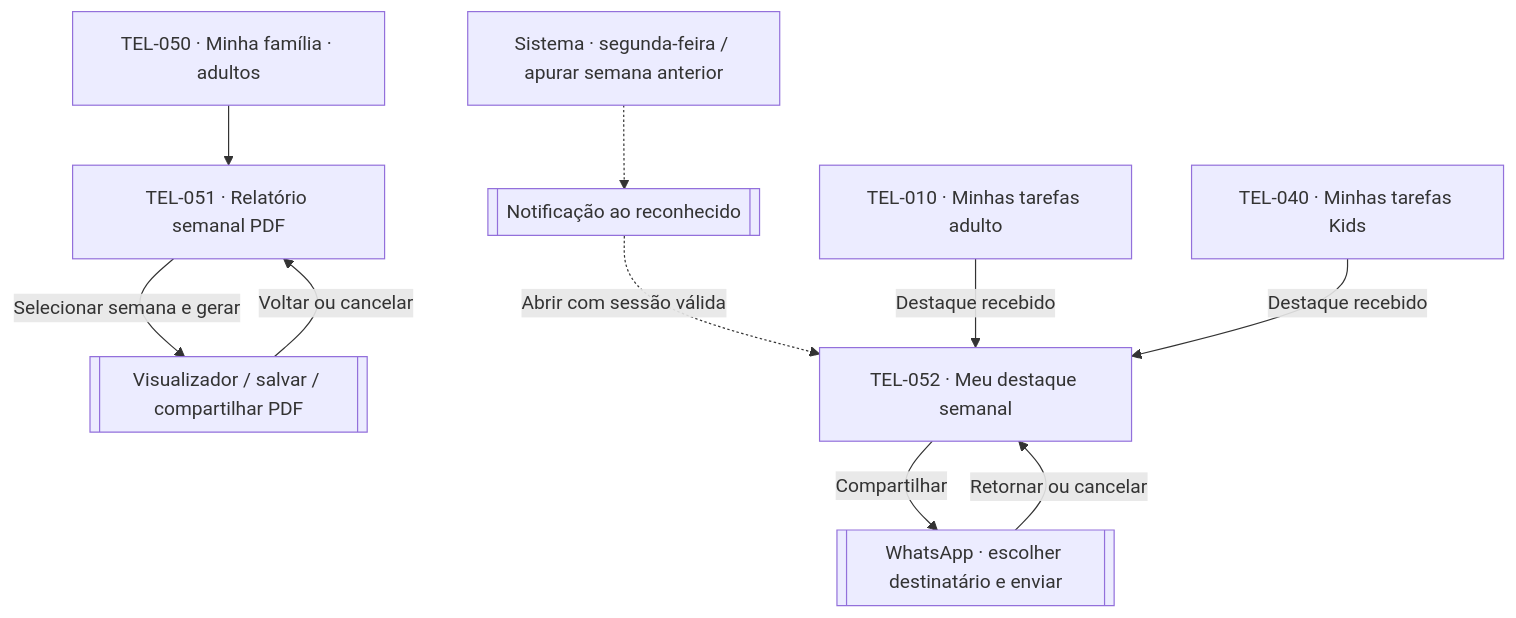
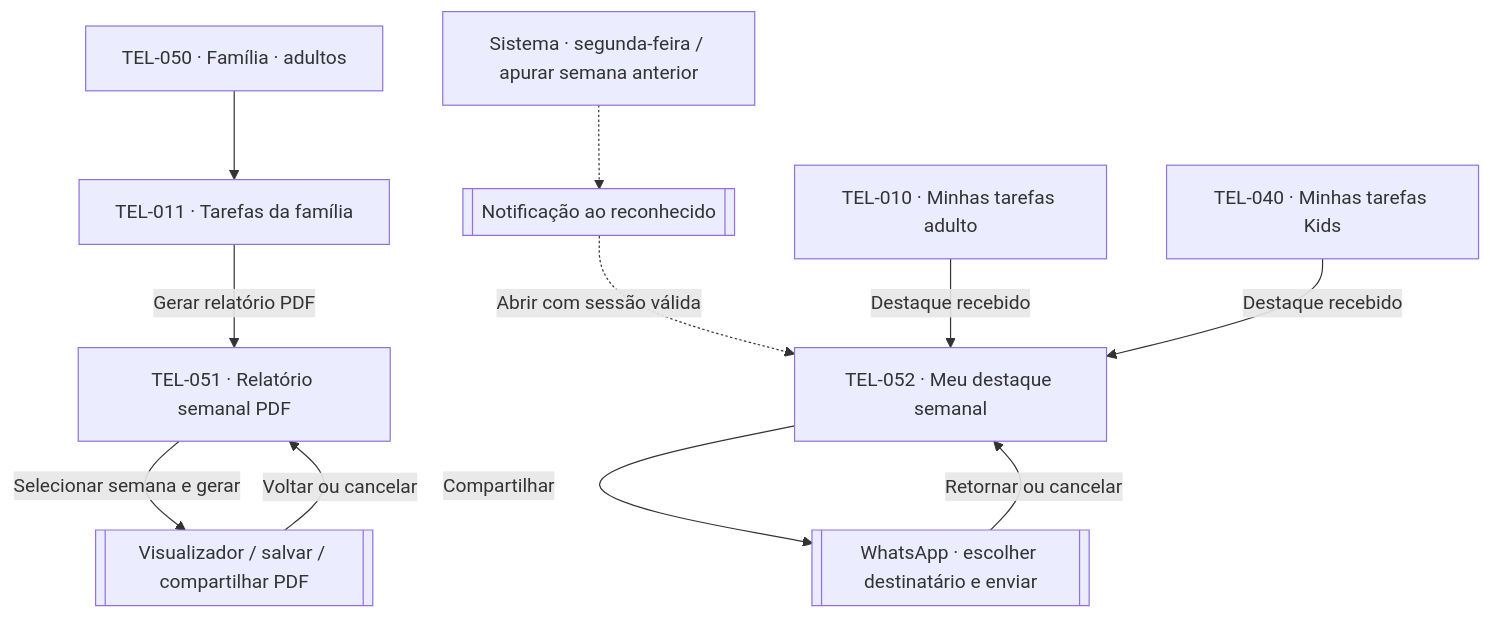
The sixth of 6 diagrams in docs/design/screen-map.md (lizandramalta/App-Rotina-Familiar), drawn with Mermaid before and after one commit. The commit also changed other lines of this file and 94 other files, not shown here.

````diff
--- a/docs/design/screen-map.md
+++ b/docs/design/screen-map.md
@@ -213,12 +216,13 @@
 ```mermaid
 flowchart TD
-    T050["TEL-050 · Minha família · adultos"] --> T051["TEL-051 · Relatório semanal PDF"]
+    T050["TEL-050 · Família · adultos"] --> T011["TEL-011 · Tarefas da família"]
+    T011 -->|Gerar relatório PDF| T051["TEL-051 · Relatório semanal PDF"]
     T051 -->|Selecionar semana e gerar| PDF[["Visualizador / salvar / compartilhar PDF"]]
     PDF -->|Voltar ou cancelar| T051
     Job["Sistema · segunda-feira / apurar semana anterior"] -.-> N[["Notificação ao reconhecido"]]
     N -.->|Abrir com sessão válida| T052["TEL-052 · Meu destaque semanal"]
     T010["TEL-010 · Minhas tarefas adulto"] -->|Destaque recebido| T052
     T040["TEL-040 · Minhas tarefas Kids"] -->|Destaque recebido| T052
     T052 -->|Compartilhar| W[["WhatsApp · escolher destinatário e enviar"]]
     W -->|Retornar ou cancelar| T052
 ```
````
